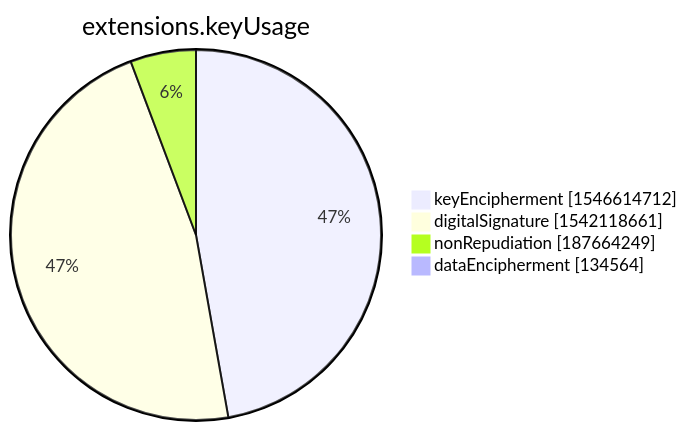
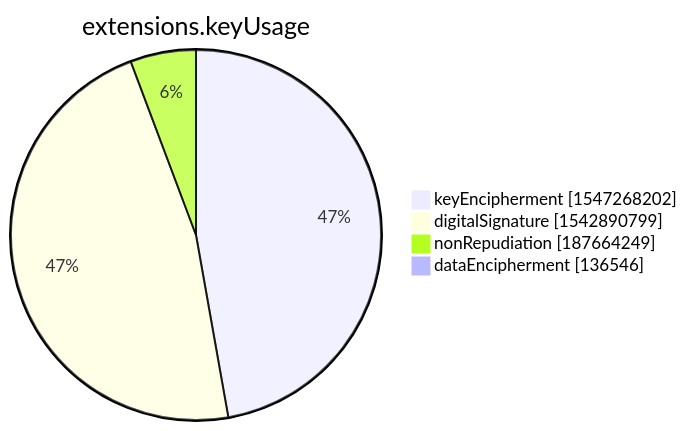
The seventh of 15 diagrams in xenon2022/README.md (christiankrug/ctmonitor_visualization), drawn with Mermaid before and after one commit. The commit also changed other lines of this file, not shown here.

````diff
--- a/xenon2022/README.md
+++ b/xenon2022/README.md
@@ -2851,8 +2851,8 @@
 ```mermaid
 pie showData
 title extensions.keyUsage
-"keyEncipherment" :1546614712
-"digitalSignature" :1542118661
+"keyEncipherment" :1547268202
+"digitalSignature" :1542890799
 "nonRepudiation" :187664249
-"dataEncipherment" :134564
+"dataEncipherment" :136546
 ```
````
